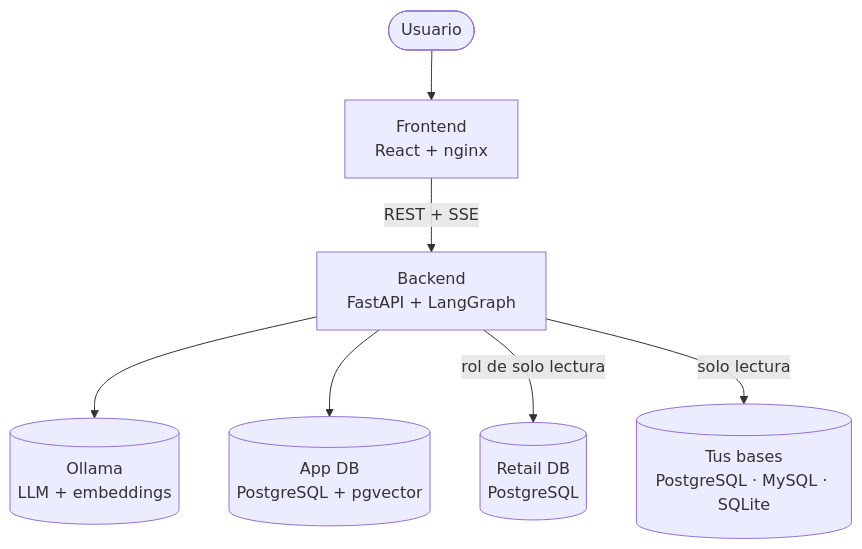
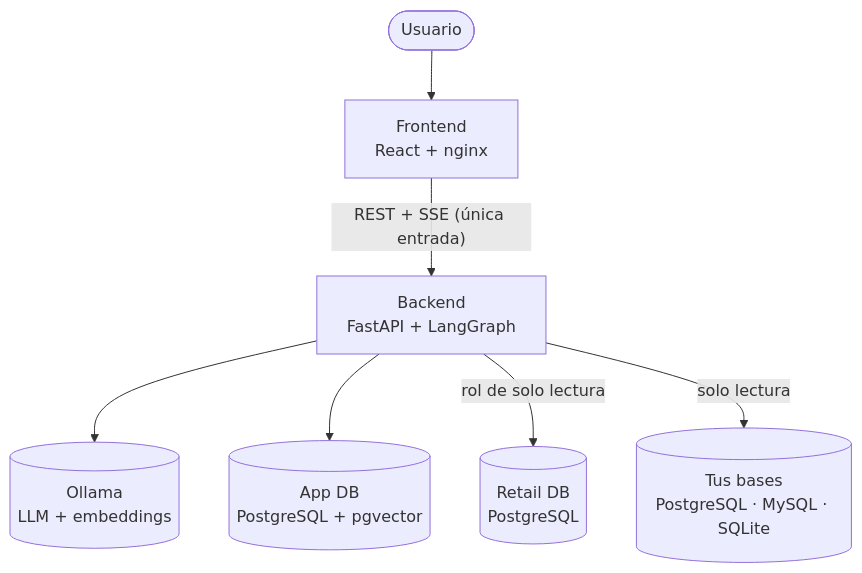
The third of 3 diagrams in README.md (ErickEchea/Agente-aut-nomo-Text-to-SQL), drawn with Mermaid before and after one commit. The commit also changed other lines of this file and 5 other files, not shown here.

````diff
--- a/README.md
+++ b/README.md
@@ -288,9 +313,9 @@
 ```mermaid
 flowchart TB
     user([Usuario]) --> web[Frontend<br/>React + nginx]
-    web -->|REST + SSE| api[Backend<br/>FastAPI + LangGraph]
+    web -->|"REST + SSE (única entrada)"| api[Backend<br/>FastAPI + LangGraph]
     api --> ollama[(Ollama<br/>LLM + embeddings)]
     api --> appdb[(App DB<br/>PostgreSQL + pgvector)]
     api -->|rol de solo lectura| demo[(Retail DB<br/>PostgreSQL)]
     api -->|solo lectura| ext[(Tus bases<br/>PostgreSQL · MySQL · SQLite)]
 ```
````
